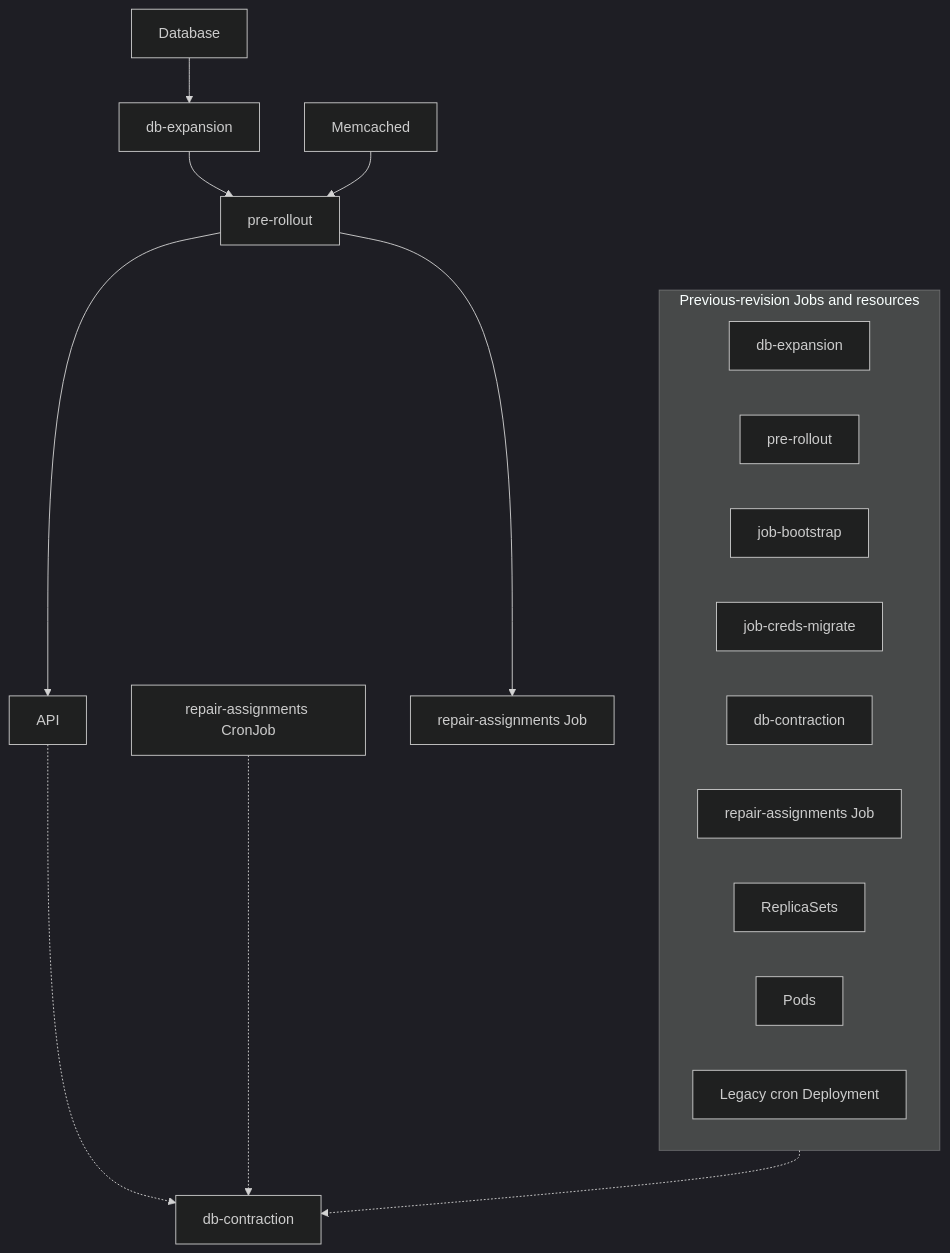
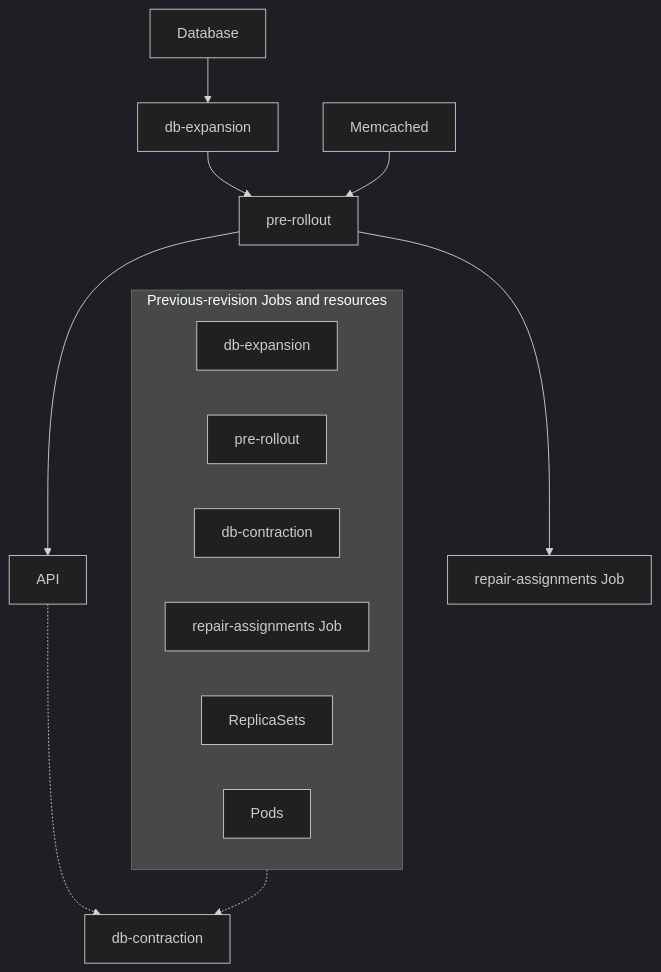
One commit to sapcc/helm-charts changed the second of 2 diagrams in openstack/keystone/README.md. Above: the diagram before and after it, drawn with Mermaid (dark theme). The commit also changed other lines of this file and 1 other file, not shown here.

````diff
--- a/openstack/keystone/README.md
+++ b/openstack/keystone/README.md
@@ -53,23 +52,19 @@
 ```mermaid
 flowchart TD
     DB[Database] --> MIG[db-expansion]
     MIG --> PRE[pre-rollout]
     CACHE[Memcached] --> PRE
     PRE --> API[API]
     PRE --> REPAIR[repair-assignments Job]
     API -.-> CONTRACT[db-contraction]
-    CRON[repair-assignments CronJob] -.-> CONTRACT
 
     subgraph OLD[Previous-revision Jobs and resources]
         OLD_MIG[db-expansion]
         OLD_PRE[pre-rollout]
-        OLD_BOOT[job-bootstrap]
-        OLD_CREDS[job-creds-migrate]
         OLD_CONTRACT[db-contraction]
         OLD_REPAIR[repair-assignments Job]
         OLD_RS[ReplicaSets]
         OLD_PODS[Pods]
-        LEGACY[Legacy cron Deployment]
     end
     OLD -.-> CONTRACT
 ```
````
